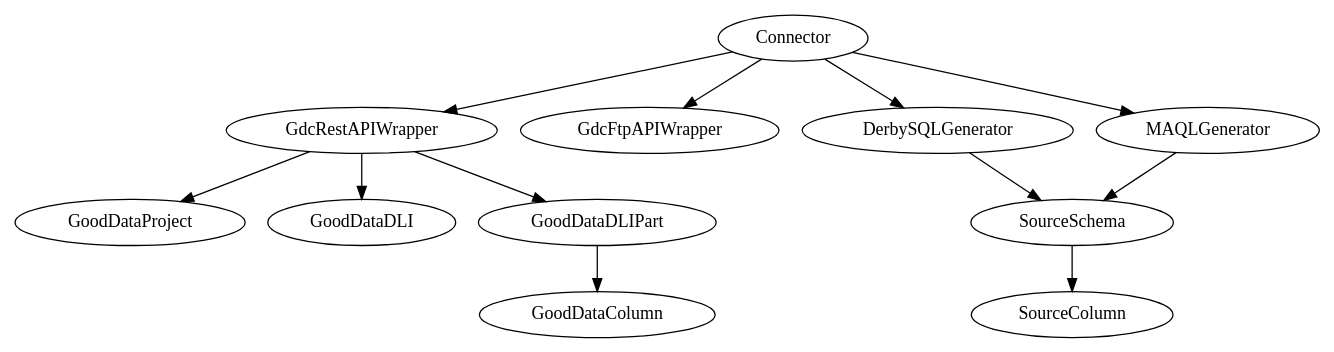
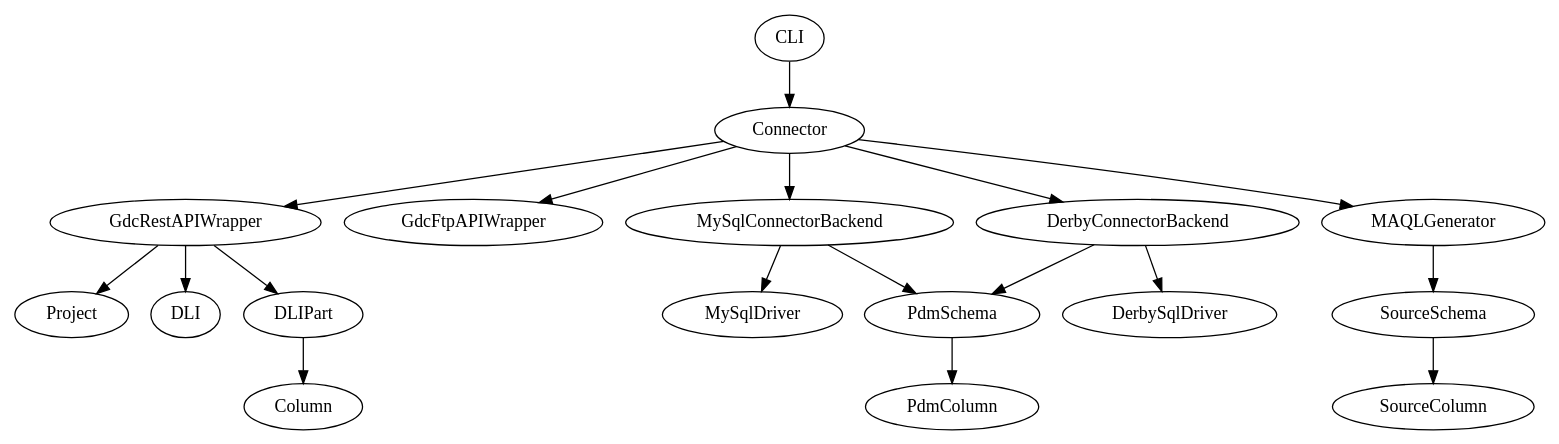
One commit to gooddata/GoodData-CL changed the diagram in cli-distro/doc/architecture.dot. Above: the diagram before and after it, drawn with Graphviz. The commit also changed 1 other file, not shown here.

Commit message:
Architecture pictures

```diff
--- a/cli-distro/doc/architecture.dot
+++ b/cli-distro/doc/architecture.dot
@@ -1,13 +1,19 @@
-digraph GoodDataDI {
+digraph GoodDataCL {
+	CLI -> Connector;
 	Connector -> GdcRestAPIWrapper;
 	Connector -> GdcFtpAPIWrapper;
-	Connector -> DerbySQLGenerator;
+	Connector -> MySqlConnectorBackend;
+	Connector -> DerbyConnectorBackend;
 	Connector -> MAQLGenerator;
 	MAQLGenerator -> SourceSchema;
-	DerbySQLGenerator -> SourceSchema;
+	MySqlConnectorBackend -> PdmSchema;
+	MySqlConnectorBackend -> MySqlDriver;
+	DerbyConnectorBackend -> PdmSchema;
+	DerbyConnectorBackend -> DerbySqlDriver;
 	SourceSchema -> SourceColumn;
-	GdcRestAPIWrapper -> GoodDataProject;
-	GdcRestAPIWrapper -> GoodDataDLI;
-	GdcRestAPIWrapper -> GoodDataDLIPart;
-	GoodDataDLIPart -> GoodDataColumn;
+	PdmSchema -> PdmColumn;
+	GdcRestAPIWrapper -> Project;
+	GdcRestAPIWrapper -> DLI;
+	GdcRestAPIWrapper -> DLIPart;
+	DLIPart -> Column;
 }
```
